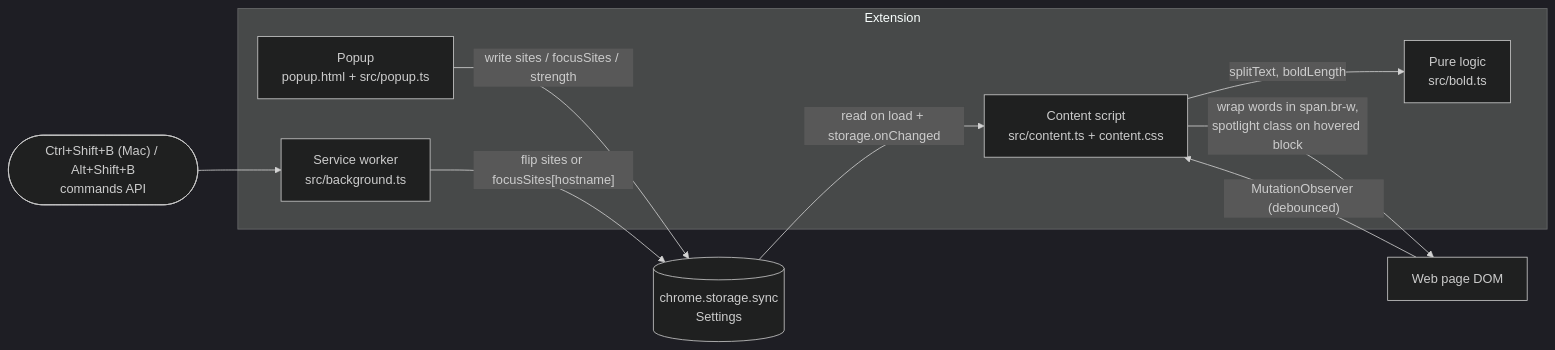
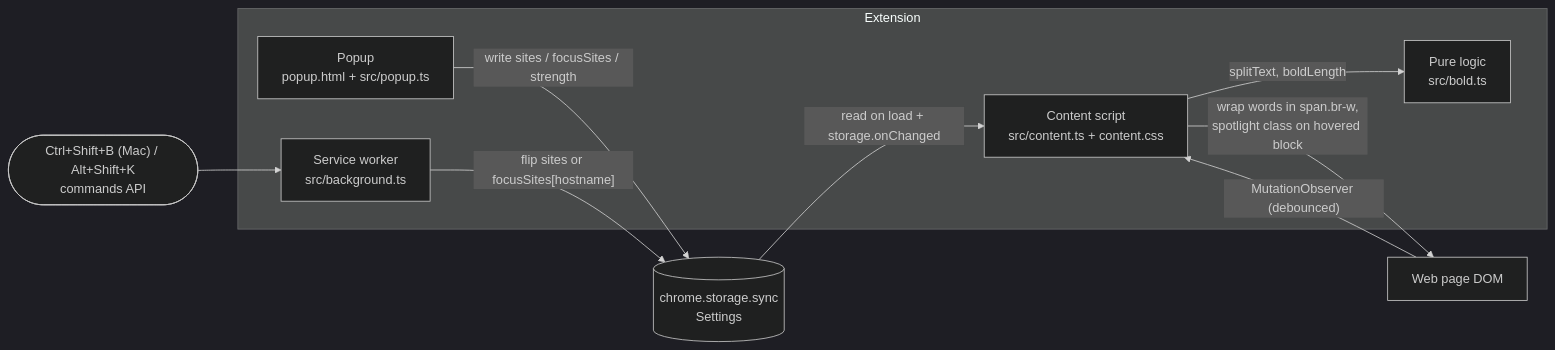
Before and after one commit to builtbyd3v/kuro: the first of 2 diagrams in docs/architecture.md, drawn with Mermaid (dark theme). The commit also changed other lines of this file and 12 other files, not shown here.

````diff
--- a/docs/architecture.md
+++ b/docs/architecture.md
@@ -5,20 +5,20 @@
 ```mermaid
 flowchart LR
   subgraph Extension
     P["Popup<br/>popup.html + src/popup.ts"]
     B["Service worker<br/>src/background.ts"]
     C["Content script<br/>src/content.ts + content.css"]
     L["Pure logic<br/>src/bold.ts"]
   end
   S[("chrome.storage.sync<br/>Settings")]
-  K(["Ctrl+Shift+B (Mac) / Alt+Shift+B<br/>commands API"])
+  K(["Ctrl+Shift+B (Mac) / Alt+Shift+K<br/>commands API"])
   D["Web page DOM"]
 
   P -- "write sites / focusSites / strength" --> S
   K --> B
   B -- "flip sites or focusSites[hostname]" --> S
   S -- "read on load + storage.onChanged" --> C
   C -- "splitText, boldLength" --> L
   C -- "wrap words in span.br-w,<br/>spotlight class on hovered block" --> D
   D -- "MutationObserver (debounced)" --> C
 ```
````
